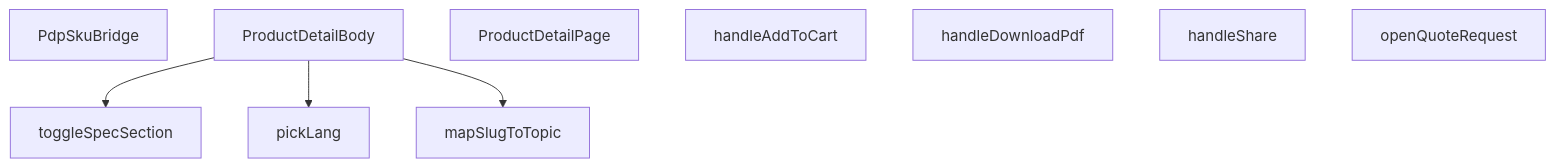
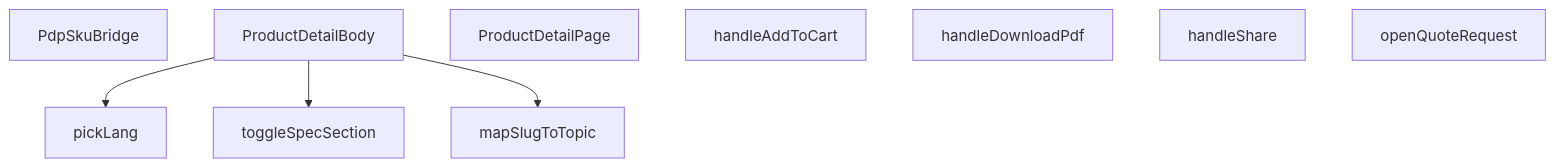
One commit to peckop/venthub-hvac-esite changed the diagram in src/app/_components/ProductDetailPageView.md. Above: the diagram before and after it, drawn with Mermaid. The commit also changed other lines of this file and 94 other files, not shown here.

````diff
--- a/src/app/_components/ProductDetailPageView.md
+++ b/src/app/_components/ProductDetailPageView.md
@@ -319,16 +319,16 @@
 ```mermaid
 graph TD
     ProductDetailPageView_tsx__PdpSkuBridge["PdpSkuBridge"]
     ProductDetailPageView_tsx__ProductDetailBody["ProductDetailBody"]
     ProductDetailPageView_tsx__ProductDetailPage["ProductDetailPage"]
     ProductDetailPageView_tsx__handleAddToCart["handleAddToCart"]
     ProductDetailPageView_tsx__handleDownloadPdf["handleDownloadPdf"]
     ProductDetailPageView_tsx__handleShare["handleShare"]
     ProductDetailPageView_tsx__mapSlugToTopic["mapSlugToTopic"]
     ProductDetailPageView_tsx__openQuoteRequest["openQuoteRequest"]
     ProductDetailPageView_tsx__pickLang["pickLang"]
     ProductDetailPageView_tsx__toggleSpecSection["toggleSpecSection"]
+    ProductDetailPageView_tsx__ProductDetailBody --> ProductDetailPageView_tsx__pickLang
     ProductDetailPageView_tsx__ProductDetailBody --> ProductDetailPageView_tsx__toggleSpecSection
-    ProductDetailPageView_tsx__ProductDetailBody --> ProductDetailPageView_tsx__pickLang
     ProductDetailPageView_tsx__ProductDetailBody --> ProductDetailPageView_tsx__mapSlugToTopic
 ```
````
